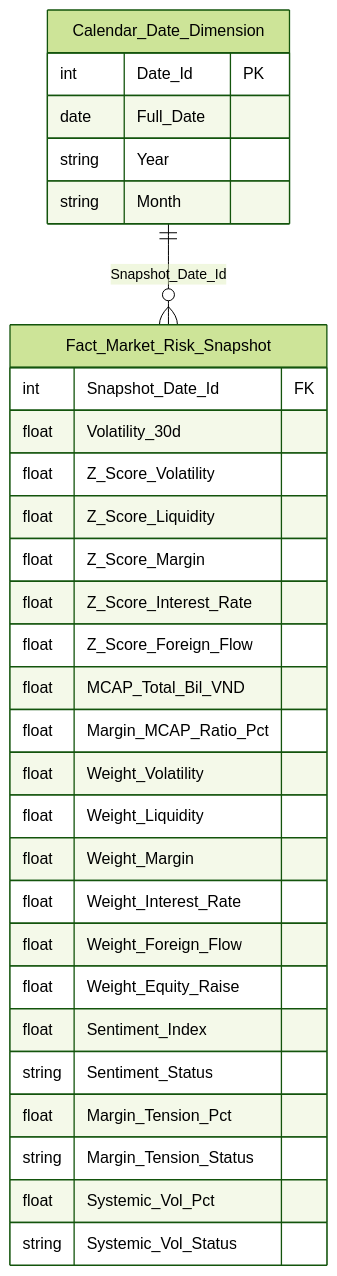
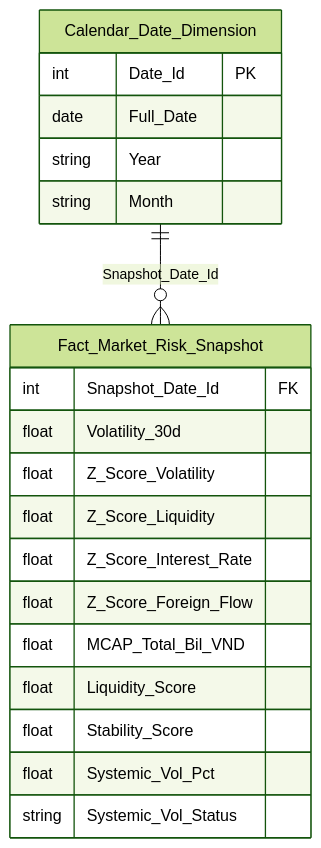
One commit to linhlvit/ubck_atomic_design changed diagram 18 of 54 in Datamart/hld/DTM_PTTT_HLD.md. Above: the diagram before and after it, drawn with Mermaid (forest theme). The commit also changed other lines of this file and 5 other files, not shown here.

````diff
--- a/Datamart/hld/DTM_PTTT_HLD.md
+++ b/Datamart/hld/DTM_PTTT_HLD.md
@@ -806,33 +731,23 @@
 ```mermaid
 erDiagram
     Fact_Market_Risk_Snapshot {
         int Snapshot_Date_Id FK
         float Volatility_30d
         float Z_Score_Volatility
         float Z_Score_Liquidity
-        float Z_Score_Margin
         float Z_Score_Interest_Rate
         float Z_Score_Foreign_Flow
         float MCAP_Total_Bil_VND
-        float Margin_MCAP_Ratio_Pct
-        float Weight_Volatility
-        float Weight_Liquidity
-        float Weight_Margin
-        float Weight_Interest_Rate
-        float Weight_Foreign_Flow
-        float Weight_Equity_Raise
-        float Sentiment_Index
-        string Sentiment_Status
-        float Margin_Tension_Pct
-        string Margin_Tension_Status
+        float Liquidity_Score
+        float Stability_Score
         float Systemic_Vol_Pct
         string Systemic_Vol_Status
     }
     Calendar_Date_Dimension {
         int Date_Id PK
         date Full_Date
         string Year
         string Month
     }
     Calendar_Date_Dimension ||--o{ Fact_Market_Risk_Snapshot : "Snapshot_Date_Id"
 ```
````
